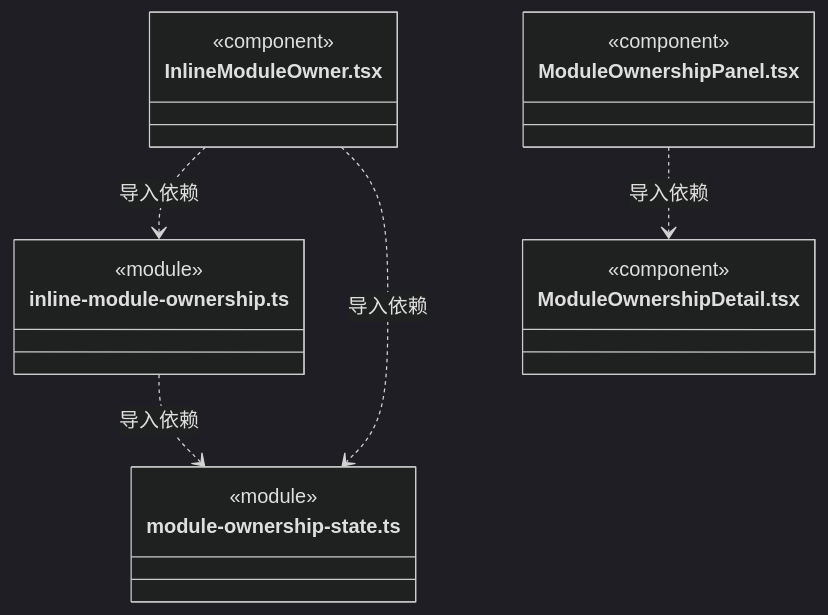
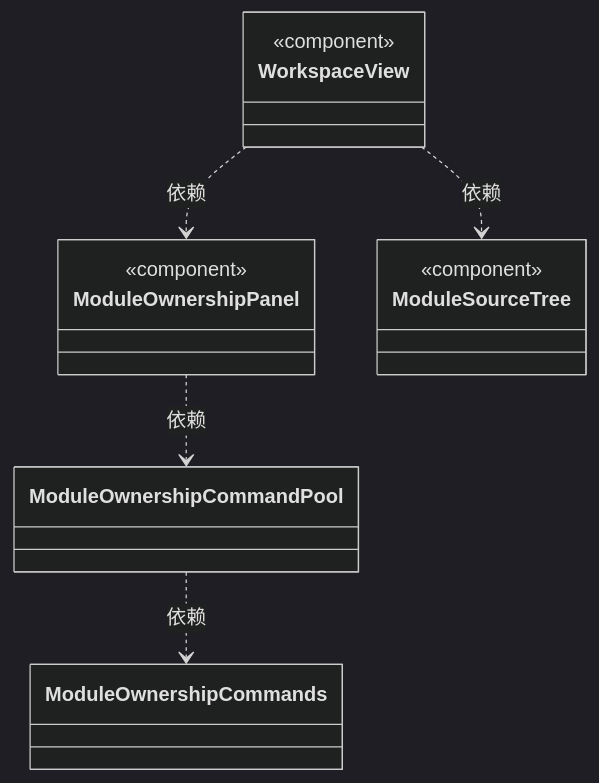
Before and after one commit to nan023062/cbim: the diagram in src/view/workspace/ARCHITECTURE.md, drawn with Mermaid (dark theme). The commit also changed other lines of this file and 158 other files, not shown here.

Commit message:
docs: model architecture through nested virtual encapsulations

````diff
--- a/src/view/workspace/ARCHITECTURE.md
+++ b/src/view/workspace/ARCHITECTURE.md
@@ -487,22 +23,23 @@
 ```mermaid
 classDiagram
-class N_src_view_workspace_inline_module_ownership_ts["inline-module-ownership.ts"] {
-  <<module>>
-}
-class N_src_view_workspace_module_ownership_state_ts["module-ownership-state.ts"] {
-  <<module>>
-}
-class N_src_view_workspace_InlineModuleOwner_tsx["InlineModuleOwner.tsx"] {
+class N_86f28732d67f["ModuleOwnershipCommandPool"]
+click N_86f28732d67f href "module-ownership-state.ts"
+class N_5b41e4ed1e4d["ModuleOwnershipCommands"]
+click N_5b41e4ed1e4d href "module-ownership-state.ts"
+class N_12e22f6e4ffe["ModuleOwnershipPanel"] {
   <<component>>
 }
-class N_src_view_workspace_ModuleOwnershipPanel_tsx["ModuleOwnershipPanel.tsx"] {
+click N_12e22f6e4ffe href "ModuleOwnershipPanel.tsx"
+class N_70406e3f5eda["WorkspaceView"] {
   <<component>>
 }
-class N_src_view_workspace_ModuleOwnershipDetail_tsx["ModuleOwnershipDetail.tsx"] {
+click N_70406e3f5eda href "WorkspaceView.tsx"
+class N_5630b8533f8a["ModuleSourceTree"] {
   <<component>>
 }
-N_src_view_workspace_inline_module_ownership_ts ..> N_src_view_workspace_module_ownership_state_ts : 导入依赖
-N_src_view_workspace_InlineModuleOwner_tsx ..> N_src_view_workspace_inline_module_ownership_ts : 导入依赖
-N_src_view_workspace_InlineModuleOwner_tsx ..> N_src_view_workspace_module_ownership_state_ts : 导入依赖
-N_src_view_workspace_ModuleOwnershipPanel_tsx ..> N_src_view_workspace_ModuleOwnershipDetail_tsx : 导入依赖
+click N_5630b8533f8a href "ModuleSourceTree.tsx"
+N_86f28732d67f ..> N_5b41e4ed1e4d : 依赖
+N_70406e3f5eda ..> N_12e22f6e4ffe : 依赖
+N_70406e3f5eda ..> N_5630b8533f8a : 依赖
+N_12e22f6e4ffe ..> N_86f28732d67f : 依赖
 ```
````
